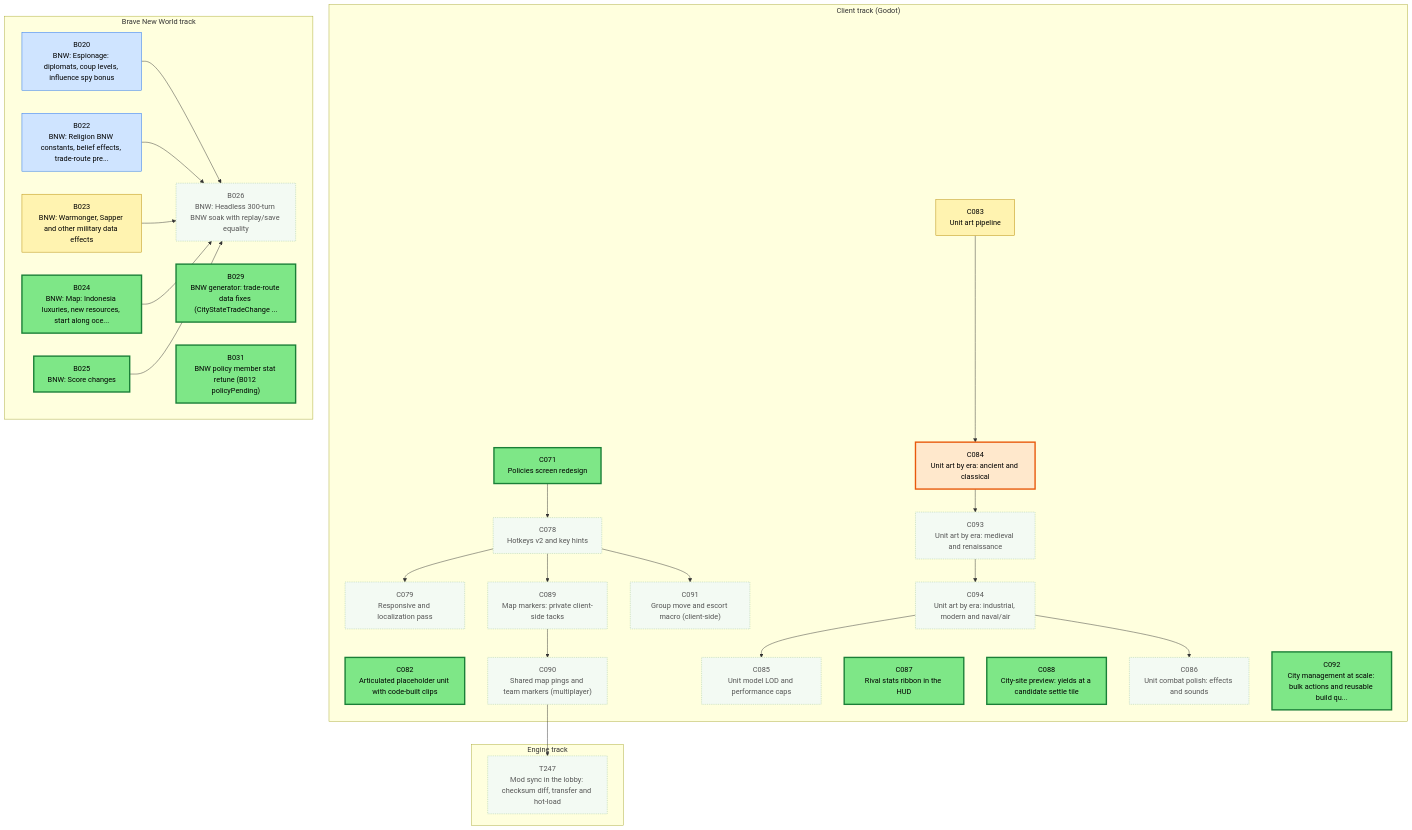
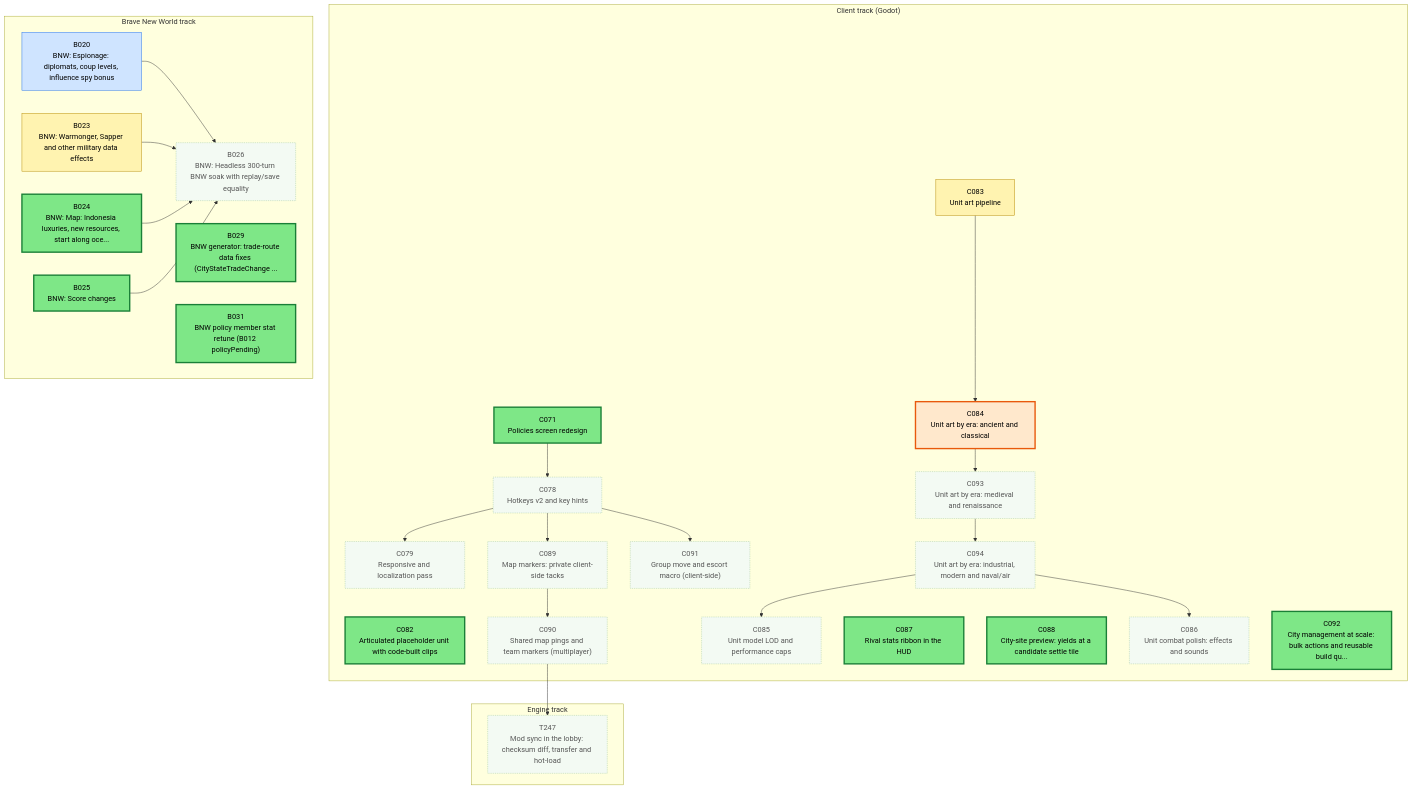
Before and after one commit to Kenmura/Unciv: the first of 3 diagrams in csharp/migration/DEPENDENCY_MAP.md, drawn with Mermaid. The commit also changed other lines of this file and 1 other file, not shown here.

Commit message:
migration: review B022 pass [Adversarial Review]

````diff
--- a/csharp/migration/DEPENDENCY_MAP.md
+++ b/csharp/migration/DEPENDENCY_MAP.md
@@ -25,82 +25,79 @@
 ```mermaid
 flowchart TD
   subgraph TTRACK["Engine track"]
     T247["T247<br/>Mod sync in the lobby: checksum diff, transfer and hot-load"]
   end
   subgraph CTRACK["Client track (Godot)"]
     C071["C071<br/>Policies screen redesign"]
     C078["C078<br/>Hotkeys v2 and key hints"]
     C079["C079<br/>Responsive and localization pass"]
     C082["C082<br/>Articulated placeholder unit with code-built clips"]
     C083["C083<br/>Unit art pipeline"]
     C084["C084<br/>Unit art by era: ancient and classical"]
     C085["C085<br/>Unit model LOD and performance caps"]
     C086["C086<br/>Unit combat polish: effects and sounds"]
     C087["C087<br/>Rival stats ribbon in the HUD"]
     C088["C088<br/>City-site preview: yields at a candidate settle tile"]
     C089["C089<br/>Map markers: private client-side tacks"]
     C090["C090<br/>Shared map pings and team markers (multiplayer)"]
     C091["C091<br/>Group move and escort macro (client-side)"]
     C092["C092<br/>City management at scale: bulk actions and reusable build qu..."]
     C093["C093<br/>Unit art by era: medieval and renaissance"]
     C094["C094<br/>Unit art by era: industrial, modern and naval/air"]
   end
   subgraph BTRACK["Brave New World track"]
     B020["B020<br/>BNW: Espionage: diplomats, coup levels, influence spy bonus"]
-    B022["B022<br/>BNW: Religion BNW constants, belief effects, trade-route pre..."]
     B023["B023<br/>BNW: Warmonger, Sapper and other military data effects"]
     B024["B024<br/>BNW: Map: Indonesia luxuries, new resources, start along oce..."]
     B025["B025<br/>BNW: Score changes"]
     B026["B026<br/>BNW: Headless 300-turn BNW soak with replay/save equality"]
     B029["B029<br/>BNW generator: trade-route data fixes (CityStateTradeChange ..."]
     B031["B031<br/>BNW policy member stat retune (B012 policyPending)"]
   end
   C090 --> T247
   C071 --> C078
   C078 --> C079
   C083 --> C084
   C094 --> C085
   C094 --> C086
   C078 --> C089
   C089 --> C090
   C078 --> C091
   C084 --> C093
   C093 --> C094
   B020 --> B026
-  B022 --> B026
   B023 --> B026
   B024 --> B026
   B025 --> B026
   classDef waiting fill:#f3faf3,stroke:#9bc49b,color:#555,stroke-dasharray:2 2
   classDef ondeck fill:#ffe8cc,stroke:#e8590c,stroke-width:3px,color:#000
   classDef ready fill:#7ee787,stroke:#1a7f37,stroke-width:3px,color:#000
   classDef prog fill:#fff3b0,stroke:#b58900,color:#000
   classDef review fill:#cfe4ff,stroke:#1f6feb,color:#000
   classDef blocked fill:#ffd6d6,stroke:#c62828,color:#000
   classDef done fill:#eeeeee,stroke:#999999,color:#666,stroke-dasharray:4 3
   class B020 review
-  class B022 review
   class B023 prog
   class B024 ready
   class B025 ready
   class B026 waiting
   class B029 ready
   class B031 ready
   class C071 ready
   class C078 waiting
   class C079 waiting
   class C082 ready
   class C083 prog
   class C084 ondeck
   class C085 waiting
   class C086 waiting
   class C087 ready
   class C088 ready
   class C089 waiting
   class C090 waiting
   class C091 waiting
   class C092 ready
   class C093 waiting
   class C094 waiting
   class T247 waiting
 ```
````
